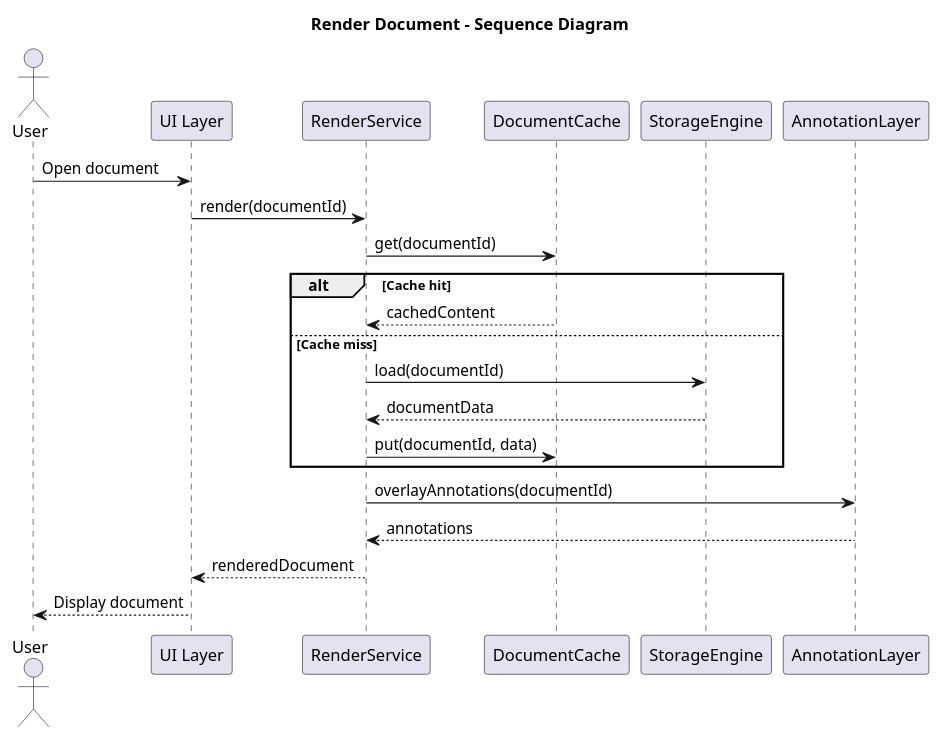
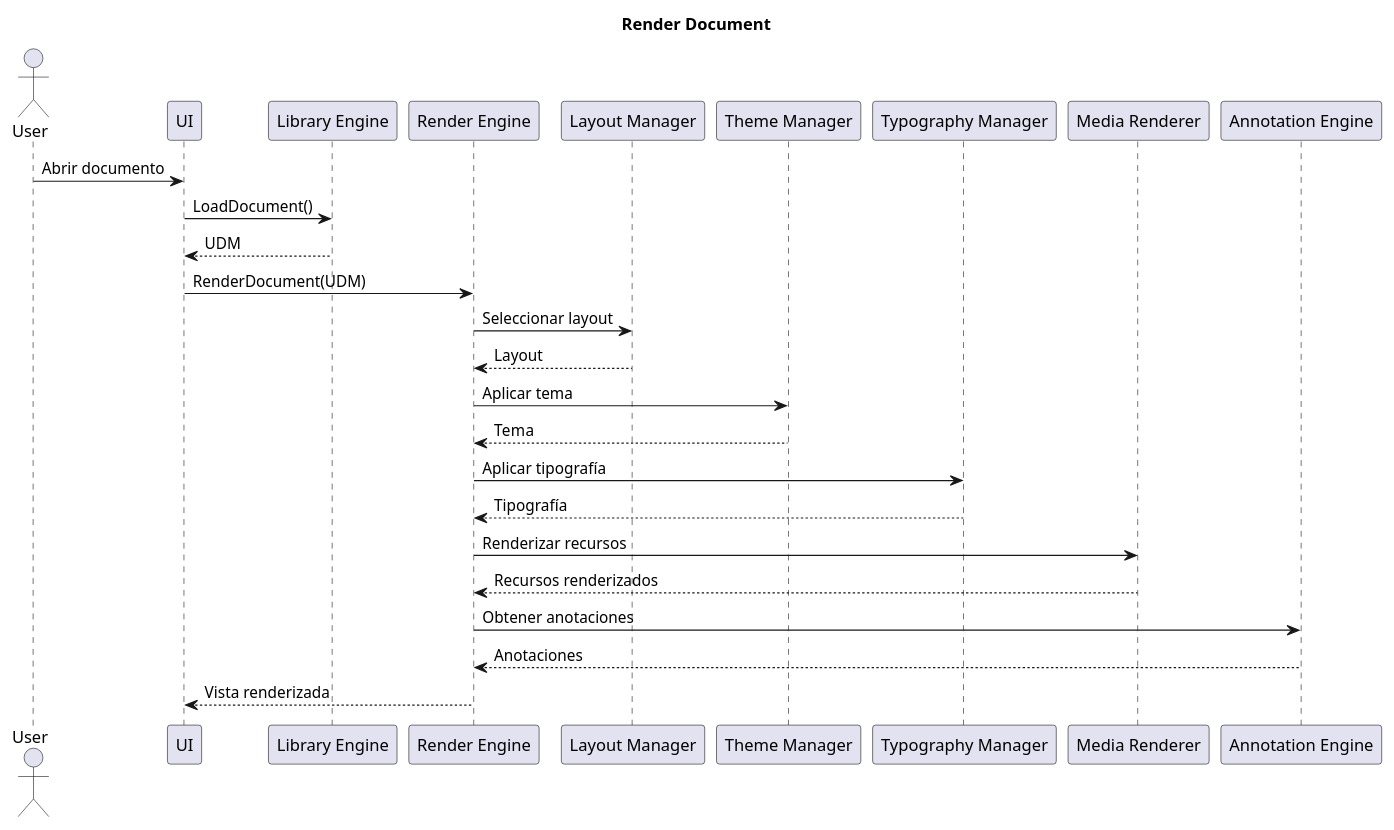
Before and after one commit to Sebailla/KnowledgeOS: the diagram in V-1/00-Architecture/UML/Sequence/RenderDocument.puml, drawn with PlantUML. The commit also changed 15 other files, not shown here.

Commit message:
feat(documentation): Update sequence diagrams and add detailed markdown descriptions for document operations

```diff
--- a/V-1/00-Architecture/UML/Sequence/RenderDocument.puml
+++ b/V-1/00-Architecture/UML/Sequence/RenderDocument.puml
@@ -1,26 +1,53 @@
 @startuml RenderDocument
-title Render Document - Sequence Diagram
+
+title Render Document
 
 actor User
-participant "UI Layer" as UI
-participant "RenderService" as Render
-participant "DocumentCache" as Cache
-participant "StorageEngine" as Storage
-participant "AnnotationLayer" as Annot
 
-User -> UI : Open document
-UI -> Render : render(documentId)
-Render -> Cache : get(documentId)
-alt Cache hit
-    Cache --> Render : cachedContent
-else Cache miss
-    Render -> Storage : load(documentId)
-    Storage --> Render : documentData
-    Render -> Cache : put(documentId, data)
-end
-Render -> Annot : overlayAnnotations(documentId)
-Annot --> Render : annotations
-Render --> UI : renderedDocument
-UI --> User : Display document
+participant UI
+
+participant "Library Engine" as Library
+
+participant "Render Engine" as Render
+
+participant "Layout Manager" as Layout
+
+participant "Theme Manager" as Theme
+
+participant "Typography Manager" as Typography
+
+participant "Media Renderer" as Media
+
+participant "Annotation Engine" as Annotation
+
+User -> UI : Abrir documento
+
+UI -> Library : LoadDocument()
+
+Library --> UI : UDM
+
+UI -> Render : RenderDocument(UDM)
+
+Render -> Layout : Seleccionar layout
+
+Layout --> Render : Layout
+
+Render -> Theme : Aplicar tema
+
+Theme --> Render : Tema
+
+Render -> Typography : Aplicar tipografía
+
+Typography --> Render : Tipografía
+
+Render -> Media : Renderizar recursos
+
+Media --> Render : Recursos renderizados
+
+Render -> Annotation : Obtener anotaciones
+
+Annotation --> Render : Anotaciones
+
+Render --> UI : Vista renderizada
 
 @enduml
```
